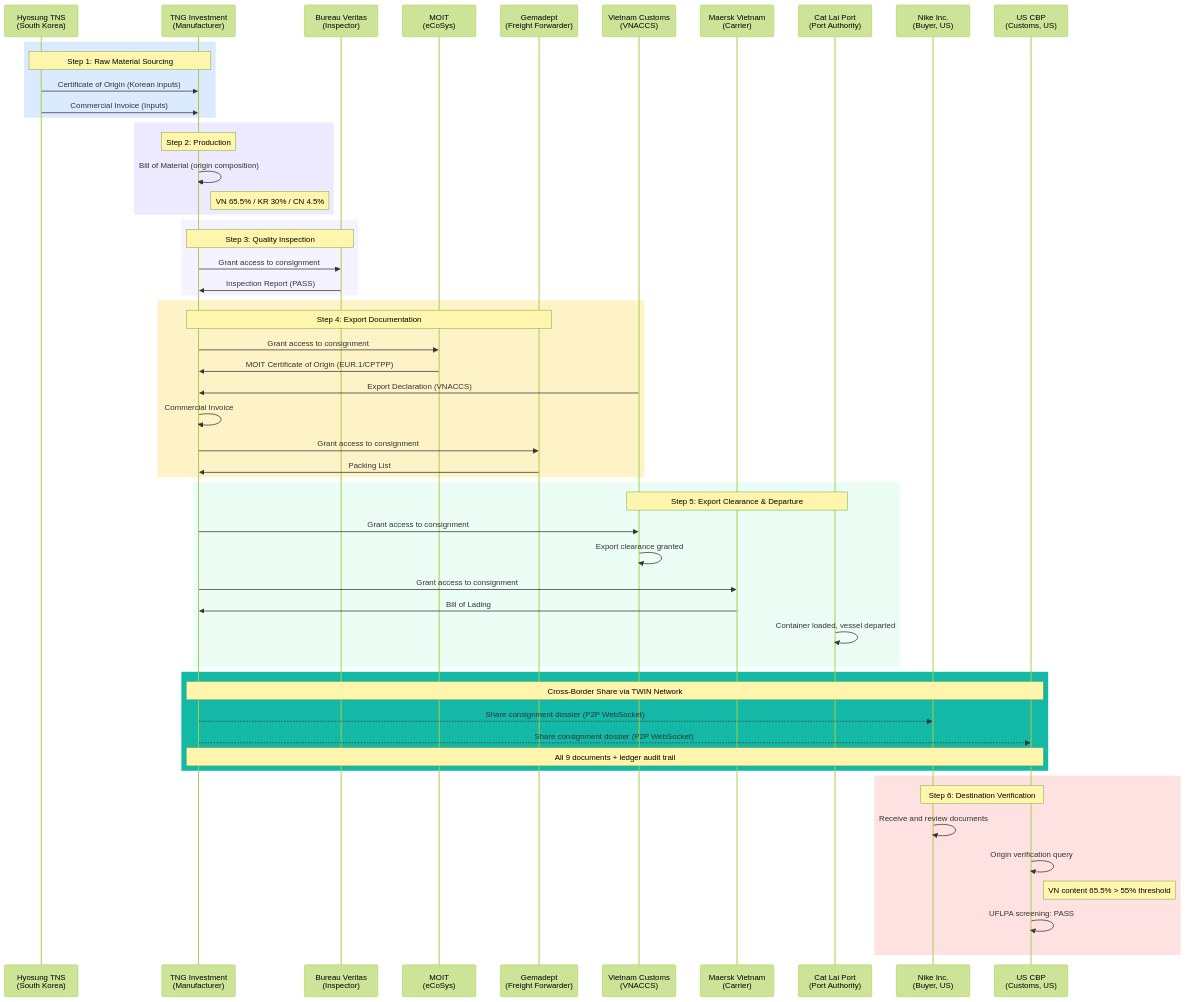
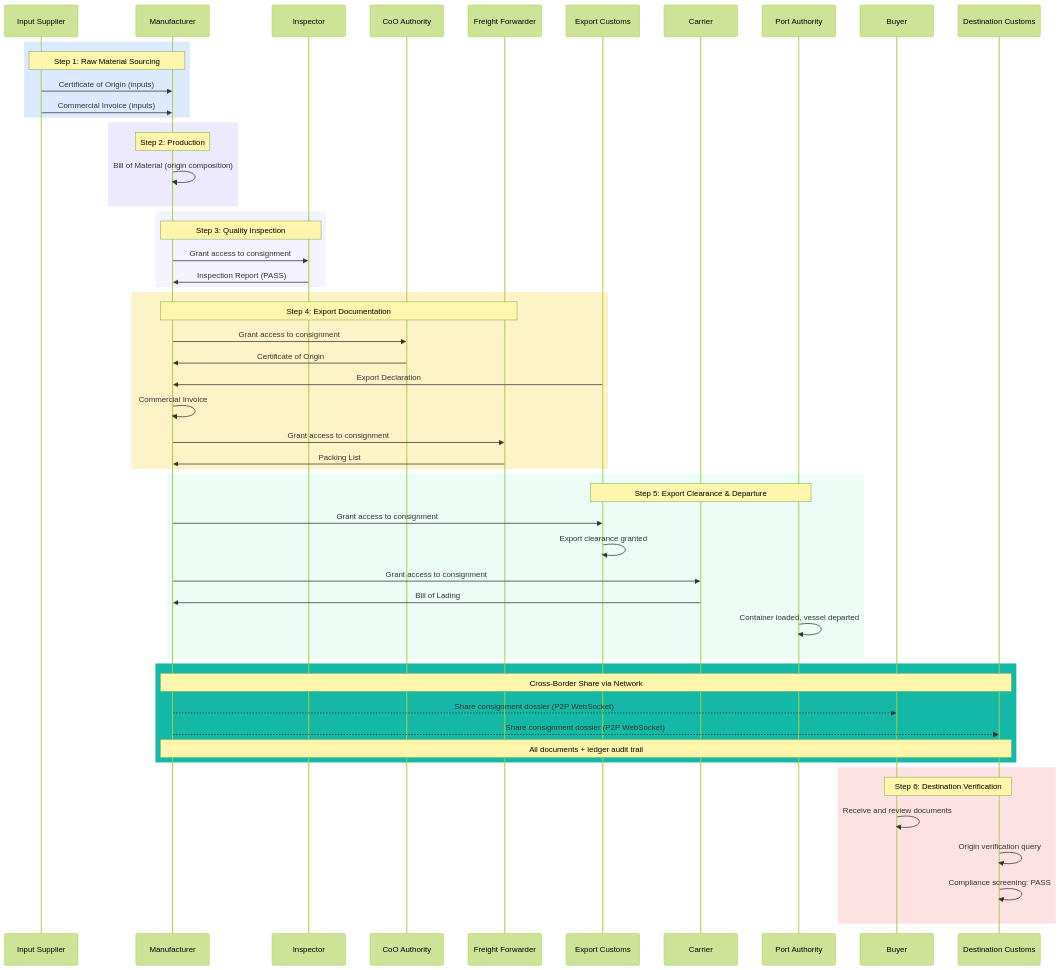
One commit to kchain-solutions/moit-demo changed the diagram in DEMO_GUIDE.md. Above: the diagram before and after it, drawn with Mermaid (forest theme). The commit also changed other lines of this file and 5 other files, not shown here.

First line of the commit message:
feat(docs): make demo corridor-agnostic, update all documentation

````diff
--- a/DEMO_GUIDE.md
+++ b/DEMO_GUIDE.md
@@ -70,65 +82,63 @@
 ```mermaid
 sequenceDiagram
-    participant HYO as Hyosung TNS<br/>(South Korea)
-    participant TNG as TNG Investment<br/>(Manufacturer)
-    participant BV as Bureau Veritas<br/>(Inspector)
-    participant MOIT as MOIT<br/>(eCoSys)
-    participant GEM as Gemadept<br/>(Freight Forwarder)
-    participant VNC as Vietnam Customs<br/>(VNACCS)
-    participant MSK as Maersk Vietnam<br/>(Carrier)
-    participant CAT as Cat Lai Port<br/>(Port Authority)
-    participant NIKE as Nike Inc.<br/>(Buyer, US)
-    participant CBP as US CBP<br/>(Customs, US)
+    participant SUP as Input Supplier
+    participant MFG as Manufacturer
+    participant INS as Inspector
+    participant COA as CoO Authority
+    participant FWD as Freight Forwarder
+    participant CUS as Export Customs
+    participant CAR as Carrier
+    participant PRT as Port Authority
+    participant BUY as Buyer
+    participant DST as Destination Customs
 
     rect rgb(219, 234, 254)
-        Note over HYO,TNG: Step 1: Raw Material Sourcing
-        HYO->>TNG: Certificate of Origin (Korean inputs)
-        HYO->>TNG: Commercial Invoice (Inputs)
+        Note over SUP,MFG: Step 1: Raw Material Sourcing
+        SUP->>MFG: Certificate of Origin (inputs)
+        SUP->>MFG: Commercial Invoice (inputs)
     end
 
     rect rgb(237, 233, 254)
-        Note over TNG: Step 2: Production
-        TNG->>TNG: Bill of Material (origin composition)
-        Note right of TNG: VN 65.5% / KR 30% / CN 4.5%
+        Note over MFG: Step 2: Production
+        MFG->>MFG: Bill of Material (origin composition)
     end
 
     rect rgb(245, 243, 255)
-        Note over TNG,BV: Step 3: Quality Inspection
-        TNG->>BV: Grant access to consignment
-        BV->>TNG: Inspection Report (PASS)
+        Note over MFG,INS: Step 3: Quality Inspection
+        MFG->>INS: Grant access to consignment
+        INS->>MFG: Inspection Report (PASS)
     end
 
     rect rgb(254, 243, 199)
-        Note over TNG,GEM: Step 4: Export Documentation
-        TNG->>MOIT: Grant access to consignment
-        MOIT->>TNG: MOIT Certificate of Origin (EUR.1/CPTPP)
-        VNC->>TNG: Export Declaration (VNACCS)
-        TNG->>TNG: Commercial Invoice
-        TNG->>GEM: Grant access to consignment
-        GEM->>TNG: Packing List
+        Note over MFG,FWD: Step 4: Export Documentation
+        MFG->>COA: Grant access to consignment
+        COA->>MFG: Certificate of Origin
+        CUS->>MFG: Export Declaration
+        MFG->>MFG: Commercial Invoice
+        MFG->>FWD: Grant access to consignment
+        FWD->>MFG: Packing List
     end
 
     rect rgb(236, 253, 245)
-        Note over VNC,CAT: Step 5: Export Clearance & Departure
-        TNG->>VNC: Grant access to consignment
-        VNC->>VNC: Export clearance granted
-        TNG->>MSK: Grant access to consignment
-        MSK->>TNG: Bill of Lading
-        CAT->>CAT: Container loaded, vessel departed
+        Note over CUS,PRT: Step 5: Export Clearance & Departure
+        MFG->>CUS: Grant access to consignment
+        CUS->>CUS: Export clearance granted
+        MFG->>CAR: Grant access to consignment
+        CAR->>MFG: Bill of Lading
+        PRT->>PRT: Container loaded, vessel departed
     end
 
     rect rgb(20, 184, 166)
-        Note over TNG,CBP: Cross-Border Share via TWIN Network
-        TNG-->>NIKE: Share consignment dossier (P2P WebSocket)
-        TNG-->>CBP: Share consignment dossier (P2P WebSocket)
-        Note over TNG,CBP: All 9 documents + ledger audit trail
+        Note over MFG,DST: Cross-Border Share via Network
+        MFG-->>BUY: Share consignment dossier (P2P WebSocket)
+        MFG-->>DST: Share consignment dossier (P2P WebSocket)
+        Note over MFG,DST: All documents + ledger audit trail
     end
 
     rect rgb(254, 226, 226)
-        Note over NIKE,CBP: Step 6: Destination Verification
-        NIKE->>NIKE: Receive and review documents
-        CBP->>CBP: Origin verification query
-        Note right of CBP: VN content 65.5% > 55% threshold
-        CBP->>CBP: UFLPA screening: PASS
+        Note over BUY,DST: Step 6: Destination Verification
+        BUY->>BUY: Receive and review documents
+        DST->>DST: Origin verification query
+        DST->>DST: Compliance screening: PASS
     end
 ```
````
